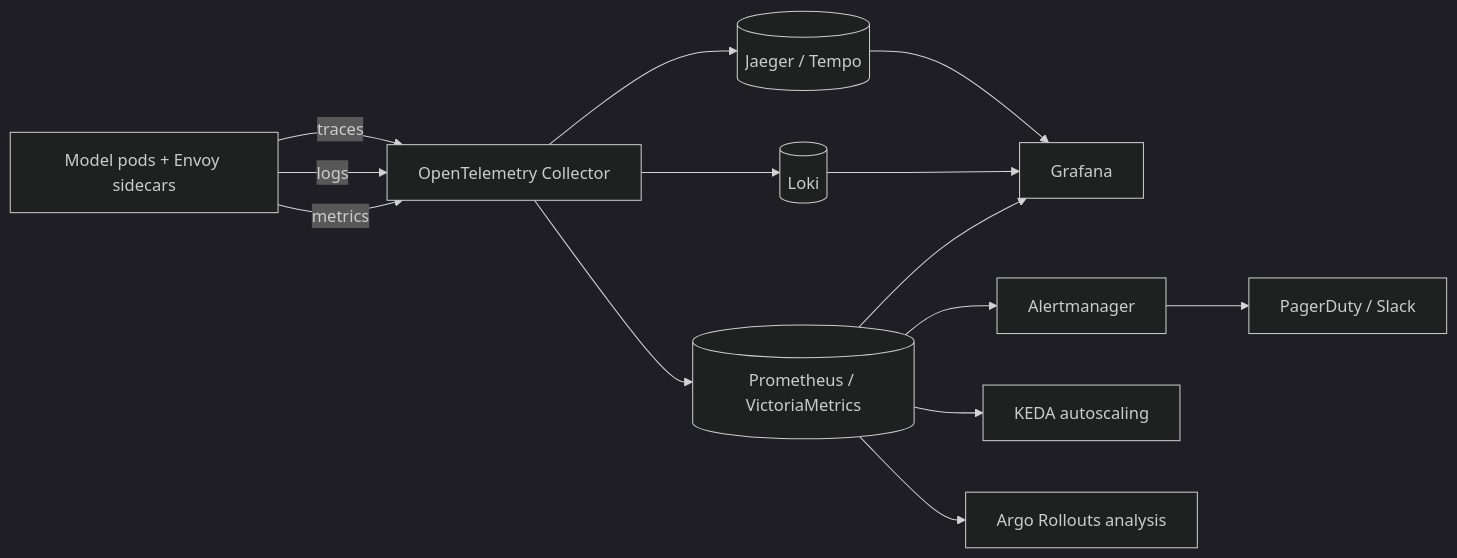
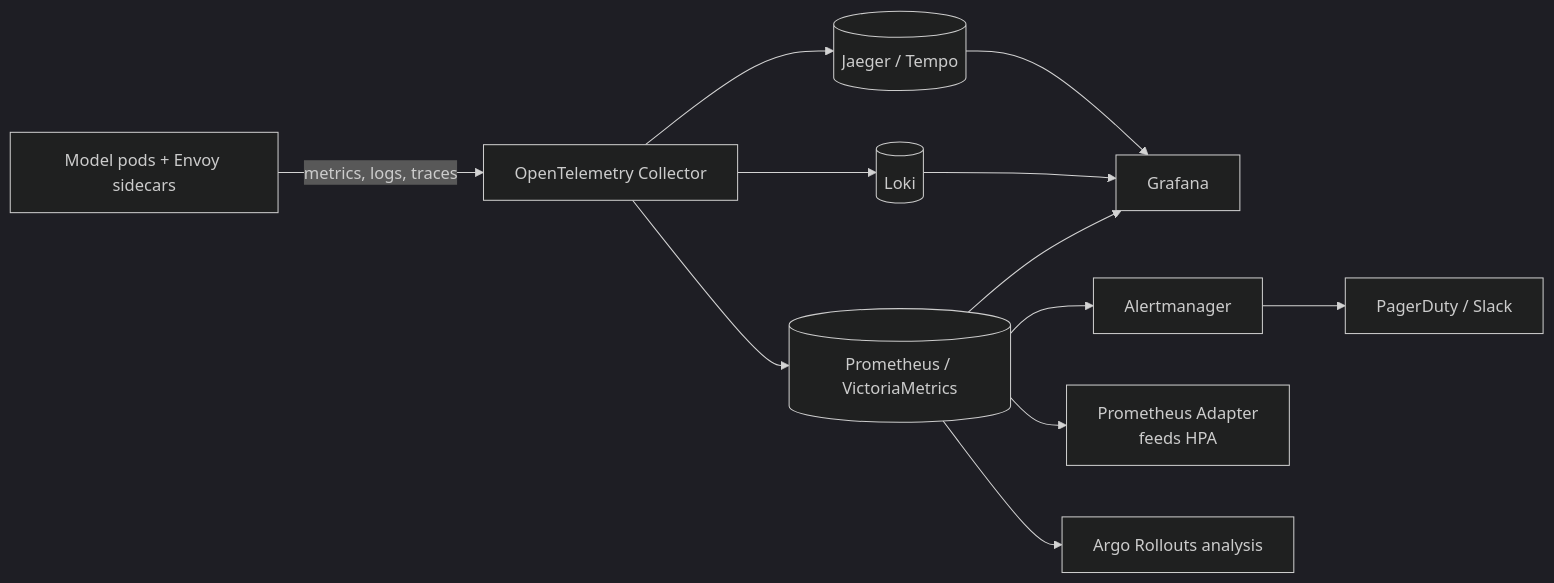
Before and after one commit to omegazyadav/cf-assignment: the third of 4 diagrams in docs/DESIGN.md, drawn with Mermaid (dark theme). The commit also changed other lines of this file and 8 other files, not shown here.

````diff
--- a/docs/DESIGN.md
+++ b/docs/DESIGN.md
@@ -143,16 +140,14 @@
 ```mermaid
 flowchart LR
-    pods[Model pods + Envoy sidecars] -->|metrics| otel[OpenTelemetry Collector]
-    pods -->|logs| otel
-    pods -->|traces| otel
+    pods[Model pods + Envoy sidecars] -->|metrics, logs, traces| otel[OpenTelemetry Collector]
     otel --> prom[(Prometheus / VictoriaMetrics)]
     otel --> loki[(Loki)]
-    otel --> tempo[(Jaeger / Tempo)]
+    otel --> jaeger[(Jaeger / Tempo)]
     prom --> graf[Grafana]
     loki --> graf
-    tempo --> graf
+    jaeger --> graf
     prom --> am[Alertmanager]
     am --> pager[PagerDuty / Slack]
-    prom --> keda[KEDA autoscaling]
+    prom --> adapter[Prometheus Adapter<br/>feeds HPA]
     prom --> rollouts[Argo Rollouts analysis]
 ```
````
